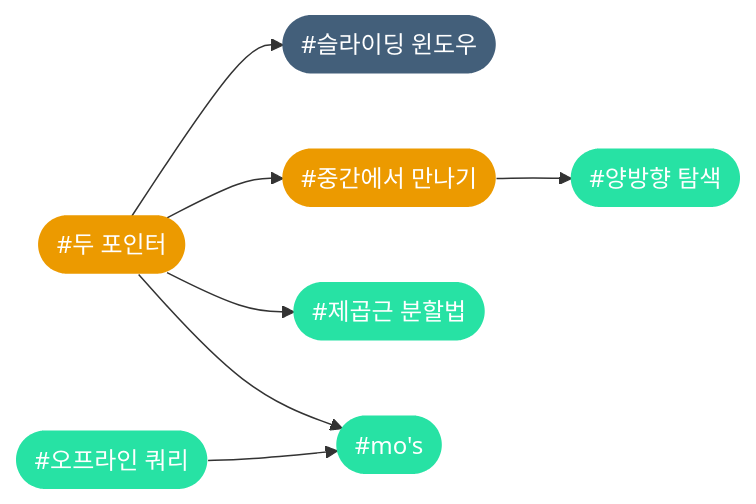
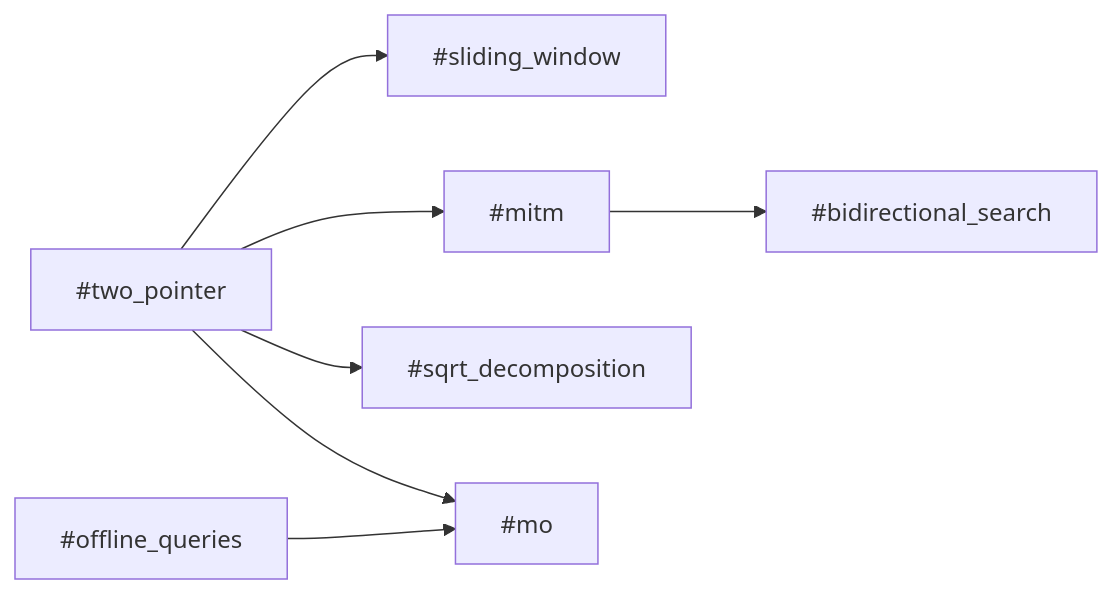
One commit to CHOYUNSIG/algorithm_with_boj changed diagram 13 of 17 in index.md. Above: the diagram before and after it, drawn with Mermaid. The commit also changed other lines of this file and 5 other files, not shown here.

```diff
--- a/index.md
+++ b/index.md
@@ -693,25 +417,10 @@
-<pre class="mermaid">
+<pre class="mermaid tag-connection-define">
     graph LR
 
     #two_pointer --> #sliding_window
     #two_pointer --> #mitm
     #two_pointer --> #sqrt_decomposition
     #two_pointer --> #mo
     #offline_queries --> #mo
     #mitm --> #bidirectional_search
-    
-    #mo(["#mo's"]):::tier3
-    #two_pointer(["#두 포인터"]):::tier2
-    #sliding_window(["#슬라이딩 윈도우"]):::tier1
-    #bidirectional_search(["#양방향 탐색"]):::tier3
-    #offline_queries(["#오프라인 쿼리"]):::tier3
-    #sqrt_decomposition(["#제곱근 분할법"]):::tier3
-    #mitm(["#중간에서 만나기"]):::tier2
-
-    classDef tier0 fill:#ad5600, color:#fff, stroke:#0000
-    classDef tier1 fill:#435f7a, color:#fff, stroke:#0000
-    classDef tier2 fill:#ec9a00, color:#fff, stroke:#0000
-    classDef tier3 fill:#27e2a4, color:#fff, stroke:#0000
-    classDef tier4 fill:#00b4fc, color:#fff, stroke:#0000
-    classDef tier5 fill:#ff0062, color:#fff, stroke:#0000
 </pre>
```
